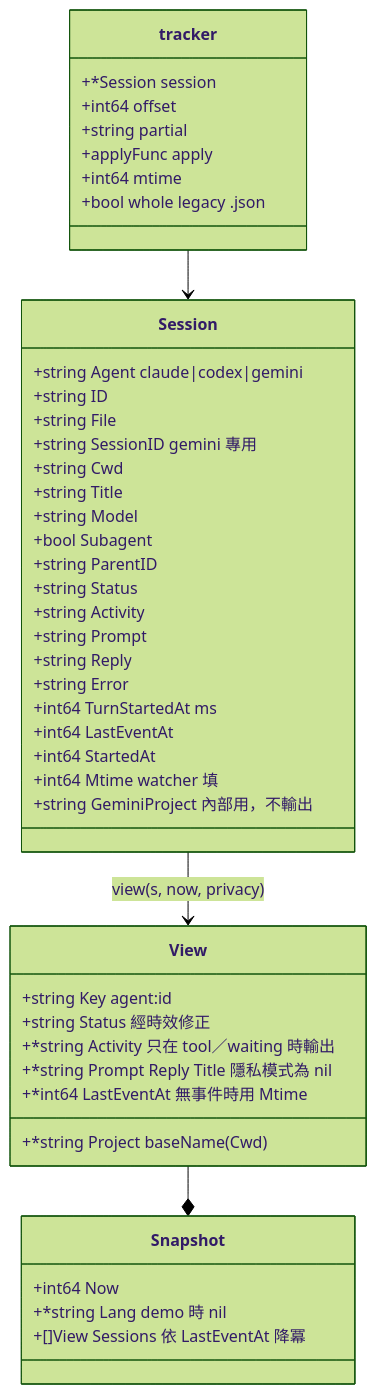
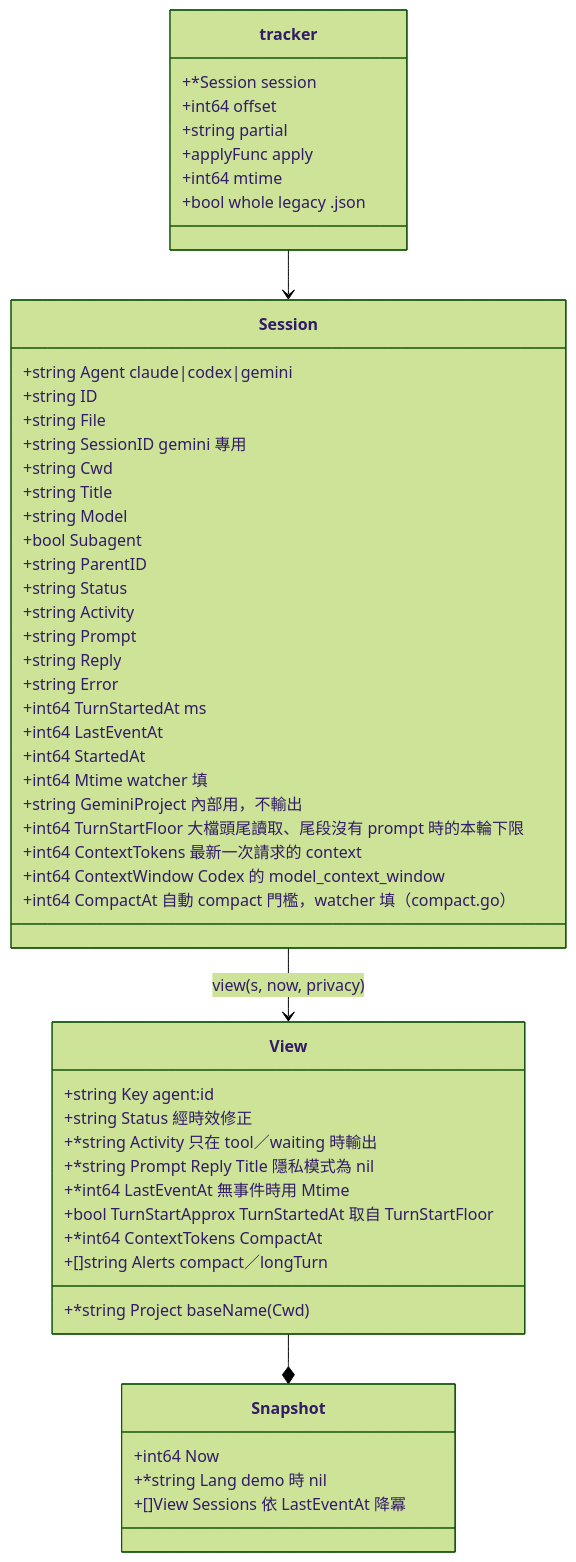
The second of 4 diagrams in go-app/jerry-report/structure.md (lazyjerry/whatsmyagentdoing), drawn with Mermaid (forest theme) before and after one commit. The commit also changed other lines of this file and 12 other files, not shown here.

````diff
--- a/go-app/jerry-report/structure.md
+++ b/go-app/jerry-report/structure.md
@@ -158,48 +153,55 @@
 ```mermaid
 classDiagram
   class Session {
     +string Agent  claude|codex|gemini
     +string ID
     +string File
     +string SessionID  gemini 專用
     +string Cwd
     +string Title
     +string Model
     +bool Subagent
     +string ParentID
     +string Status
     +string Activity
     +string Prompt
     +string Reply
     +string Error
     +int64 TurnStartedAt  ms
     +int64 LastEventAt
     +int64 StartedAt
     +int64 Mtime  watcher 填
     +string GeminiProject  內部用，不輸出
+    +int64 TurnStartFloor  大檔頭尾讀取、尾段沒有 prompt 時的本輪下限
+    +int64 ContextTokens  最新一次請求的 context
+    +int64 ContextWindow  Codex 的 model_context_window
+    +int64 CompactAt  自動 compact 門檻，watcher 填（compact.go）
   }
   class View {
     +string Key  agent:id
     +*string Project  baseName(Cwd)
     +string Status  經時效修正
     +*string Activity  只在 tool／waiting 時輸出
     +*string Prompt Reply Title  隱私模式為 nil
     +*int64 LastEventAt  無事件時用 Mtime
+    +bool TurnStartApprox  TurnStartedAt 取自 TurnStartFloor
+    +*int64 ContextTokens CompactAt
+    +[]string Alerts  compact／longTurn
   }
   class Snapshot {
     +int64 Now
     +*string Lang  demo 時 nil
     +[]View Sessions  依 LastEventAt 降冪
   }
   class tracker {
     +*Session session
     +int64 offset
     +string partial
     +applyFunc apply
     +int64 mtime
     +bool whole  legacy .json
   }
   Session --> View : view(s, now, privacy)
   View --* Snapshot
   tracker --> Session
 ```
````
